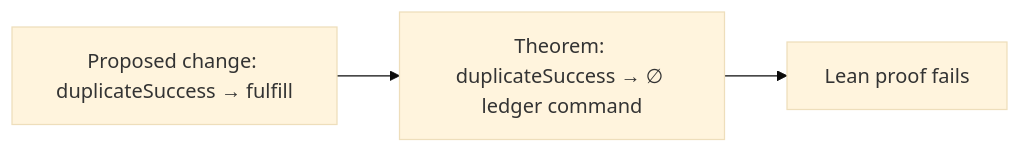
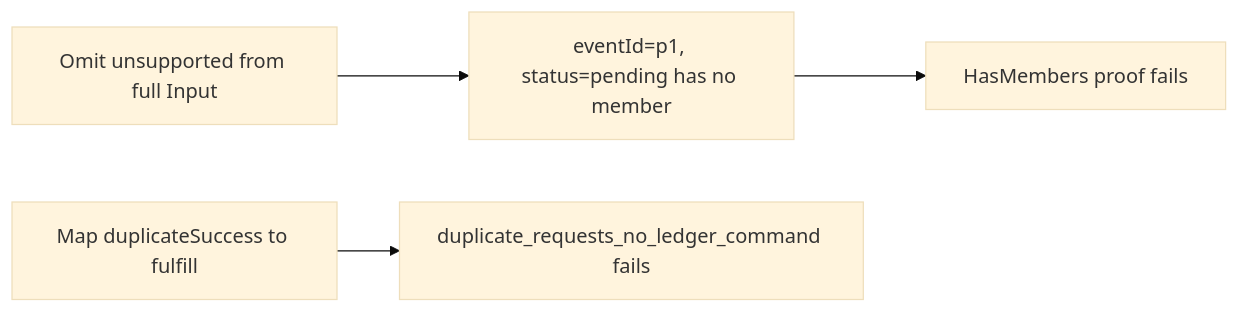
Before and after one commit to mrvanish97/archiscript: the fourth of 8 diagrams in README.md, drawn with Mermaid (base theme). The commit also changed other lines of this file, not shown here.

Commit message:
docs: show carrier completeness in README diagrams

````diff
--- a/README.md
+++ b/README.md
@@ -50,7 +74,6 @@
 ```mermaid
 flowchart LR
-  C["Proposed change: duplicateSuccess → fulfill"]
-  P["Theorem: duplicateSuccess → ∅ ledger command"]
-  X["Lean proof fails"]
-  C --> P --> X
+  O["Omit unsupported from full Input"] --> V["eventId=p1, status=pending has no member"]
+  V --> H["HasMembers proof fails"]
+  C["Map duplicateSuccess to fulfill"] --> P["duplicate_requests_no_ledger_command fails"]
 ```
````
